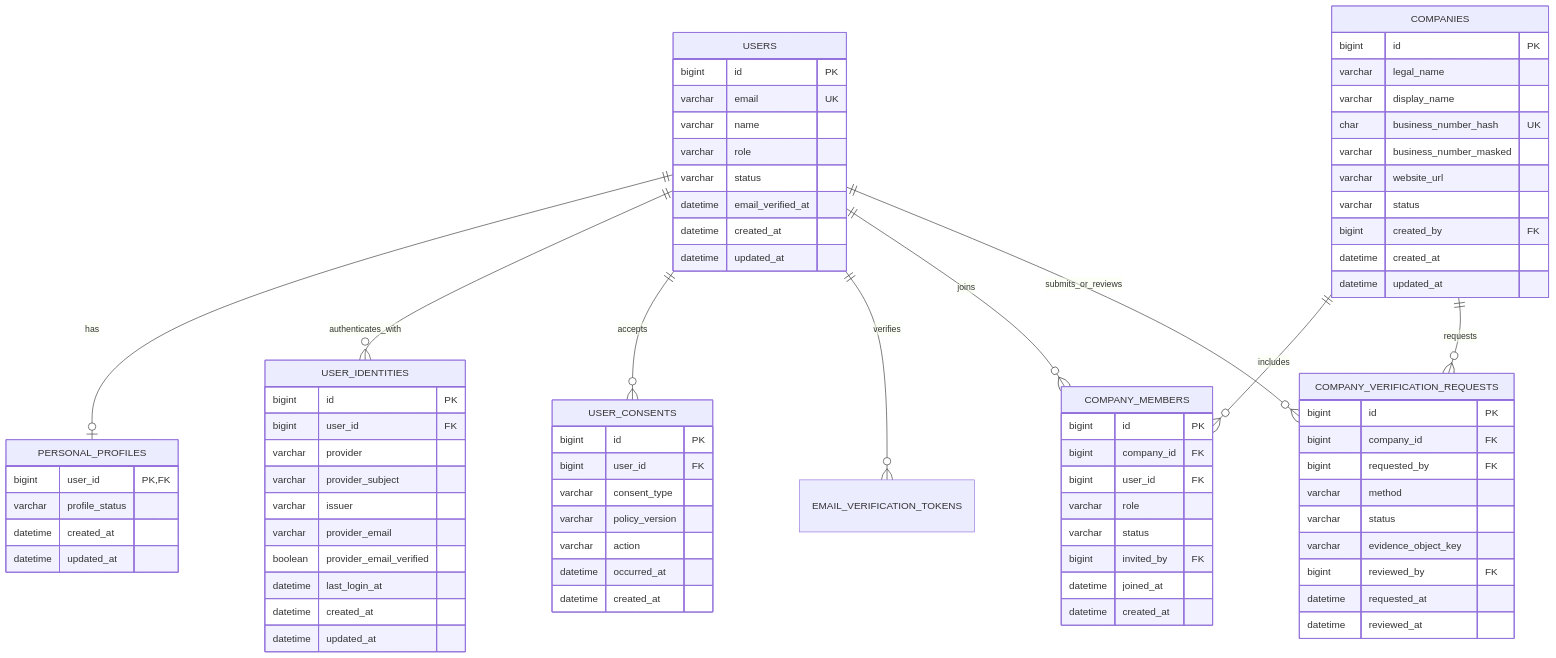
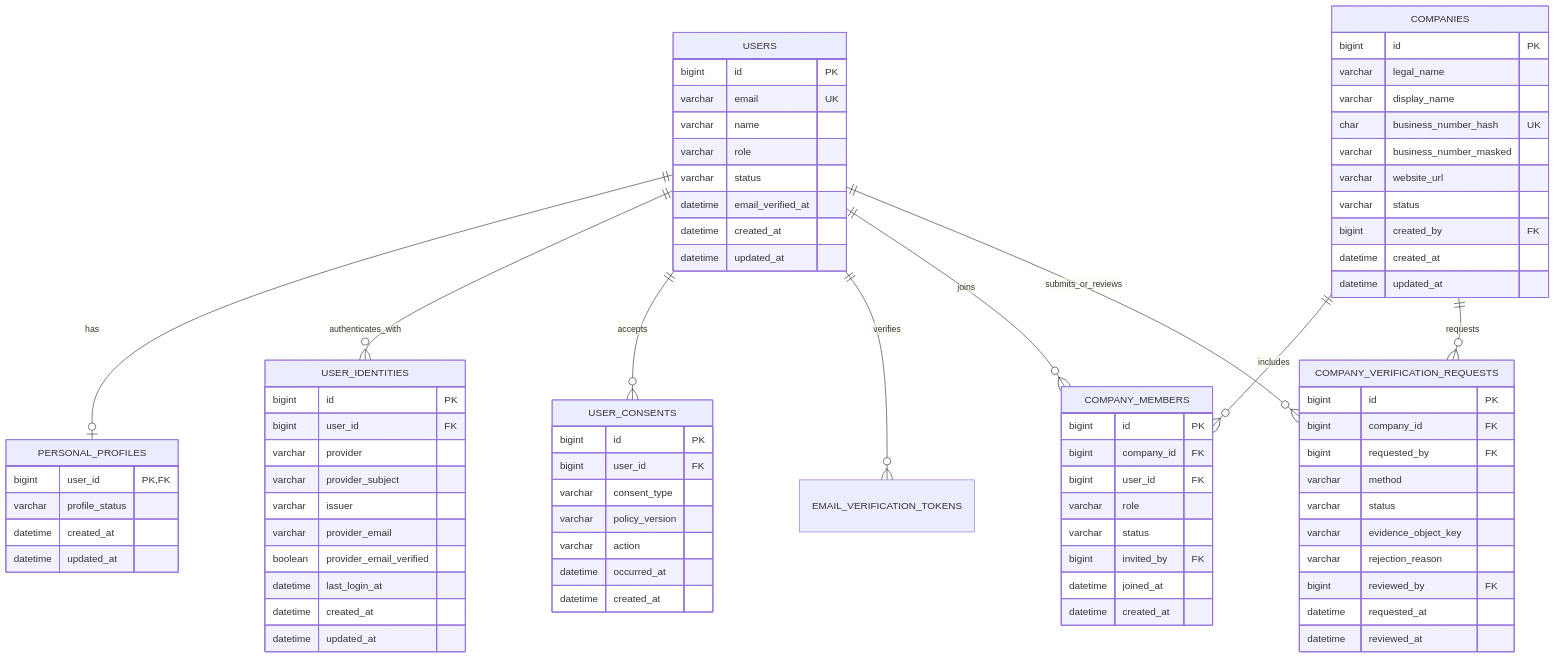
Before and after one commit to aerofleet/DevJobCollector: the diagram in devjobcollector/docs/design/member-domain-erd-strategy-draft.md, drawn with Mermaid. The commit also changed 25 other files, not shown here.

```diff
--- a/devjobcollector/docs/design/member-domain-erd-strategy-draft.md
+++ b/devjobcollector/docs/design/member-domain-erd-strategy-draft.md
@@ -153,6 +153,7 @@
         varchar method
         varchar status
         varchar evidence_object_key
+        varchar rejection_reason
         bigint reviewed_by FK
         datetime requested_at
         datetime reviewed_at
```
